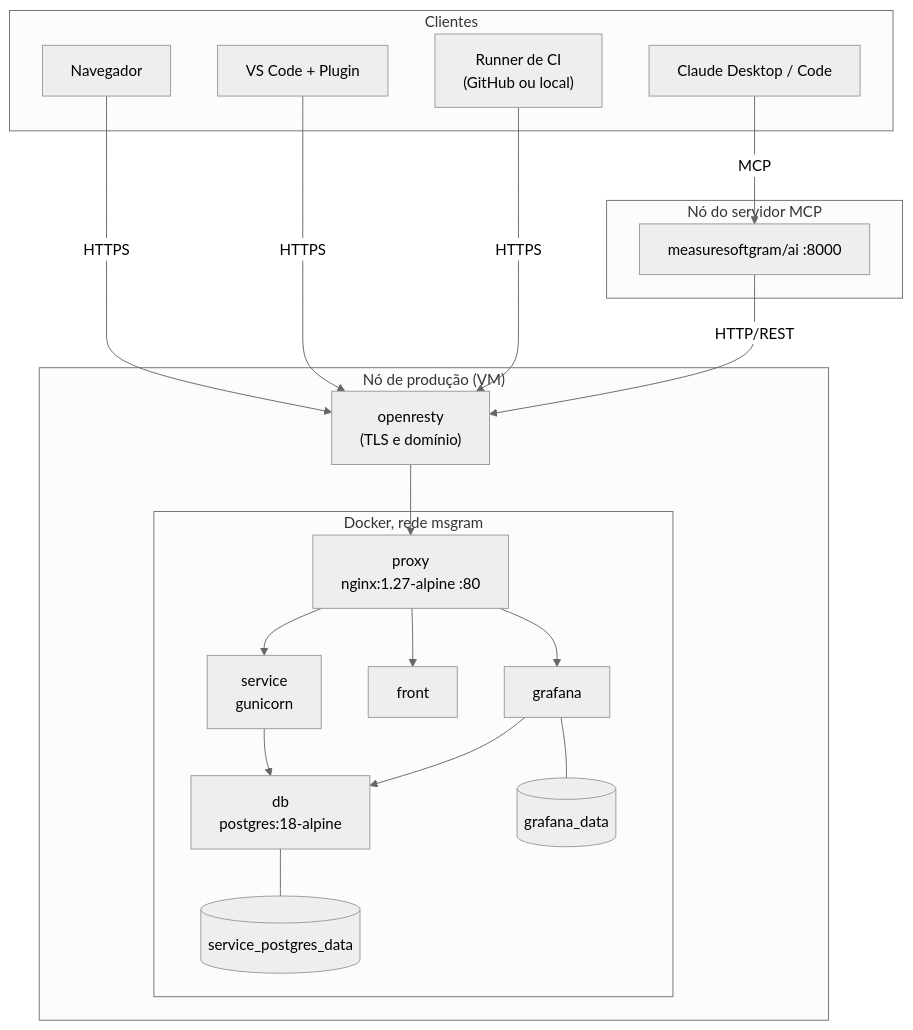
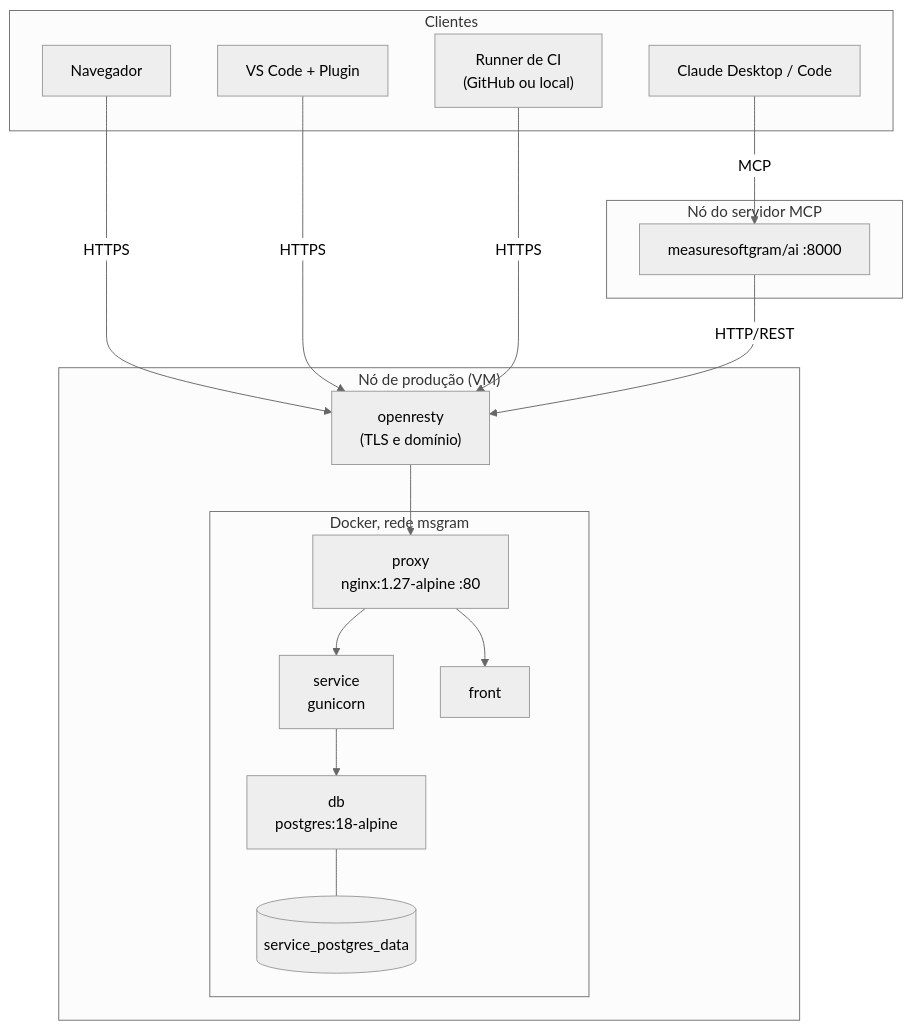
Before and after one commit to fga-eps-mds/2026.2-MeasureSoftGram-DOC: the sixth of 8 diagrams in docs/produto/arquitetura.mdx, drawn with Mermaid (neutral theme). The commit also changed other lines of this file, not shown here.

Commit message:
docs(arquitetura): remove o Grafana da arquitetura

````diff
--- a/docs/produto/arquitetura.mdx
+++ b/docs/produto/arquitetura.mdx
@@ -420,40 +384,35 @@
 ```mermaid
 flowchart TB
     subgraph Clientes
         BR["Navegador"]
         VS["VS Code + Plugin"]
         AIC["Claude Desktop / Code"]
         RUNNER["Runner de CI<br/>(GitHub ou local)"]
     end
 
     subgraph VM["Nó de produção (VM)"]
         OR["openresty<br/>(TLS e domínio)"]
         subgraph Docker["Docker, rede msgram"]
             NG["proxy<br/>nginx:1.27-alpine :80"]
             SV["service<br/>gunicorn"]
             FR["front"]
-            GR["grafana"]
             PG["db<br/>postgres:18-alpine"]
             V1[("service_postgres_data")]
-            V2[("grafana_data")]
             NG --> SV
             NG --> FR
-            NG --> GR
             SV --> PG
-            GR --> PG
             PG --- V1
-            GR --- V2
         end
         OR --> NG
     end
 
     subgraph MCPNode["Nó do servidor MCP"]
         MC["measuresoftgram/ai :8000"]
     end
 
     BR -->|HTTPS| OR
     VS -->|HTTPS| OR
     RUNNER -->|HTTPS| OR
     AIC -->|MCP| MC
     MC -->|HTTP/REST| OR
 ```
````
